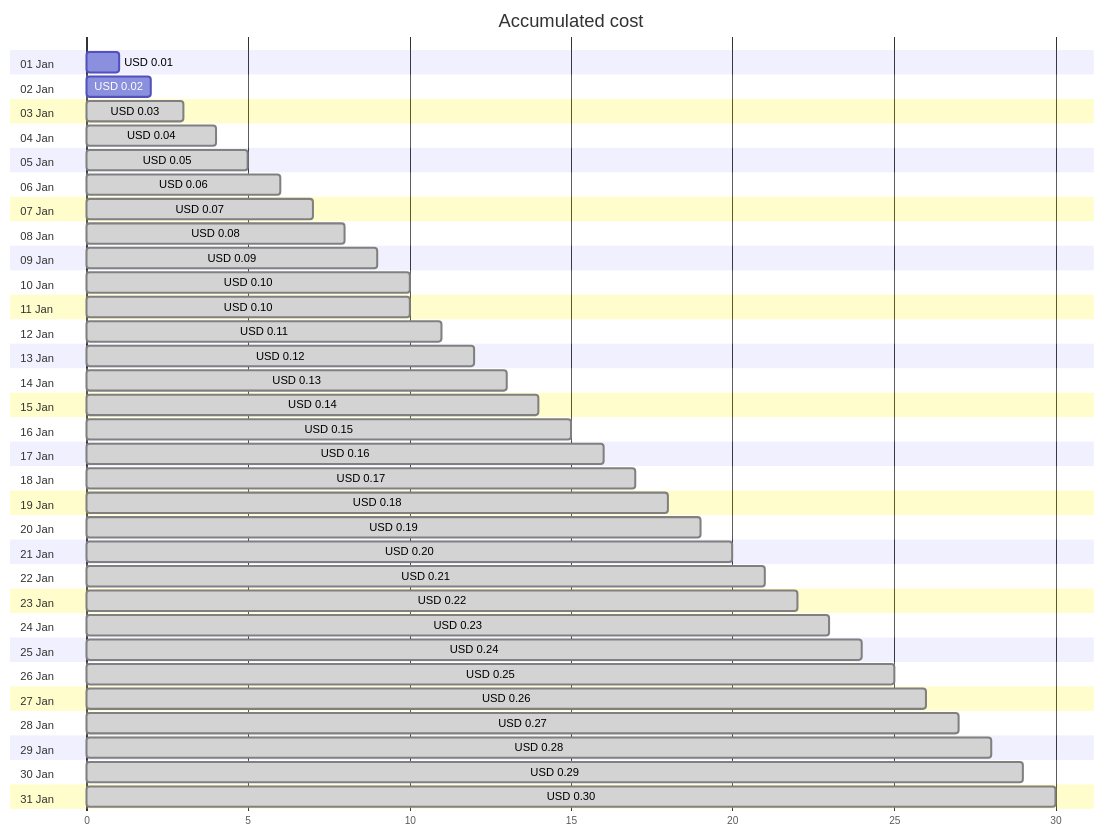
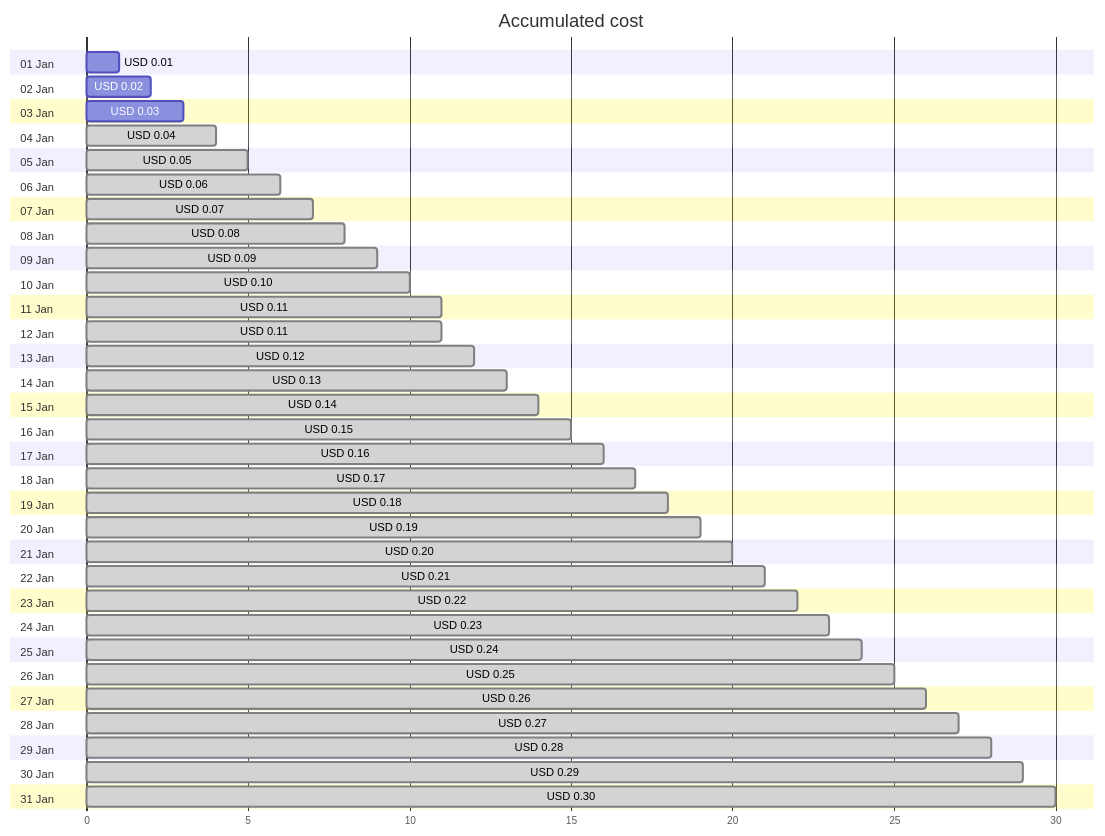
One commit to jpfulton/azure-personal-reports changed the first of 4 diagrams in cost-reports/cloud-shell-storage-eastus/cs2100300008c8d894b.md. Above: the diagram before and after it, drawn with Mermaid. The commit also changed other lines of this file and 1 other file, not shown here.

````diff
--- a/cost-reports/cloud-shell-storage-eastus/cs2100300008c8d894b.md
+++ b/cost-reports/cloud-shell-storage-eastus/cs2100300008c8d894b.md
@@ -20,68 +20,68 @@
 ```mermaid
 gantt
    title Accumulated cost
    dateFormat  X
    axisFormat %s
    section 01 Jan
    USD 0.01 :0, 1
    section 02 Jan
    USD 0.02 :0, 2
    section 03 Jan
-   USD 0.03 : done, 0, 3
+   USD 0.03 :0, 3
    section 04 Jan
    USD 0.04 : done, 0, 4
    section 05 Jan
    USD 0.05 : done, 0, 5
    section 06 Jan
    USD 0.06 : done, 0, 6
    section 07 Jan
    USD 0.07 : done, 0, 7
    section 08 Jan
    USD 0.08 : done, 0, 8
    section 09 Jan
    USD 0.09 : done, 0, 9
    section 10 Jan
    USD 0.10 : done, 0, 10
    section 11 Jan
-   USD 0.10 : done, 0, 10
+   USD 0.11 : done, 0, 11
    section 12 Jan
    USD 0.11 : done, 0, 11
    section 13 Jan
    USD 0.12 : done, 0, 12
    section 14 Jan
    USD 0.13 : done, 0, 13
    section 15 Jan
    USD 0.14 : done, 0, 14
    section 16 Jan
    USD 0.15 : done, 0, 15
    section 17 Jan
    USD 0.16 : done, 0, 16
    section 18 Jan
    USD 0.17 : done, 0, 17
    section 19 Jan
    USD 0.18 : done, 0, 18
    section 20 Jan
    USD 0.19 : done, 0, 19
    section 21 Jan
    USD 0.20 : done, 0, 20
    section 22 Jan
    USD 0.21 : done, 0, 21
    section 23 Jan
    USD 0.22 : done, 0, 22
    section 24 Jan
    USD 0.23 : done, 0, 23
    section 25 Jan
    USD 0.24 : done, 0, 24
    section 26 Jan
    USD 0.25 : done, 0, 25
    section 27 Jan
    USD 0.26 : done, 0, 26
    section 28 Jan
    USD 0.27 : done, 0, 27
    section 29 Jan
    USD 0.28 : done, 0, 28
    section 30 Jan
    USD 0.29 : done, 0, 29
    section 31 Jan
    USD 0.30 : done, 0, 30
 ```
````
